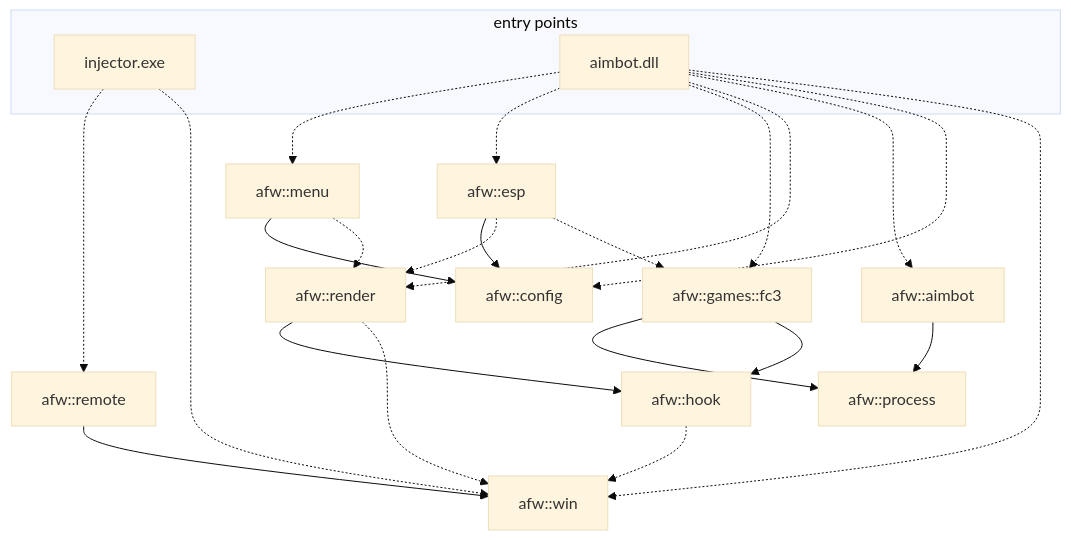
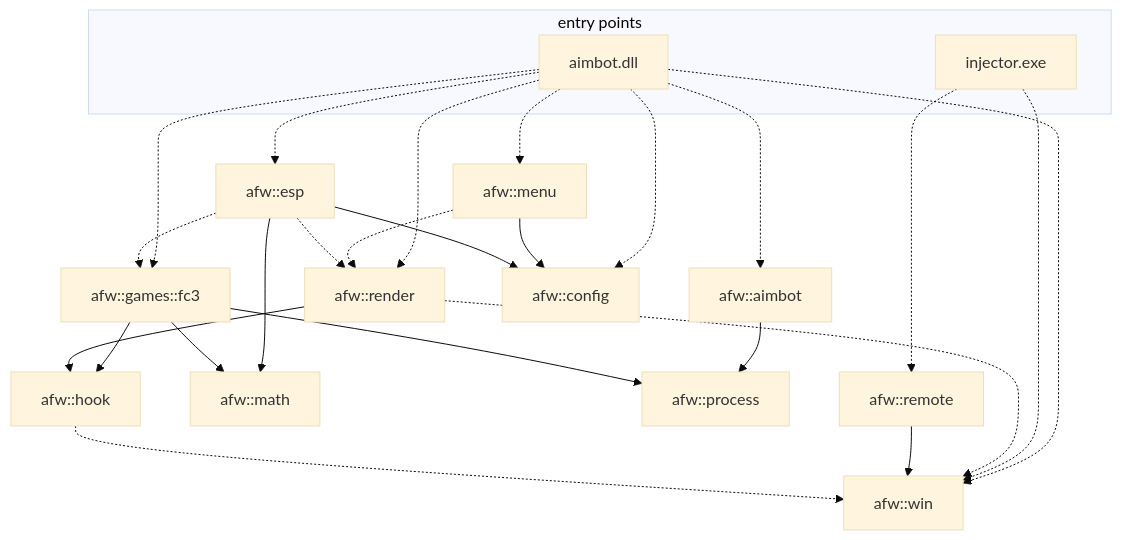
One commit to kxigor/AimbotFramework changed the first of 2 diagrams in README.md. Above: the diagram before and after it, drawn with Mermaid (base theme). The commit also changed other lines of this file and 26 other files, not shown here.

````diff
--- a/README.md
+++ b/README.md
@@ -110,30 +116,32 @@
 ```mermaid
 graph TD
   subgraph entry [entry points]
     INJ[injector.exe]
     DLL[aimbot.dll]
   end
 
   DLL -.-> MENU[afw::menu]
   DLL -.-> ESP[afw::esp]
   DLL -.-> FC3[afw::games::fc3]
   DLL -.-> RENDER[afw::render]
   DLL -.-> AIMBOT[afw::aimbot]
   DLL -.-> CONFIG[afw::config]
   DLL -.-> WIN[afw::win]
   INJ -.-> REMOTE[afw::remote]
   INJ -.-> WIN
 
   MENU --> CONFIG
   MENU -.-> RENDER
   ESP --> CONFIG
+  ESP --> MATH[afw::math]
   ESP -.-> RENDER
   ESP -.-> FC3
   AIMBOT --> PROCESS[afw::process]
   FC3 --> PROCESS
+  FC3 --> MATH
   FC3 --> HOOK[afw::hook]
   RENDER --> HOOK
   RENDER -.-> WIN
   REMOTE --> WIN
   HOOK -.-> WIN
 ```
````
